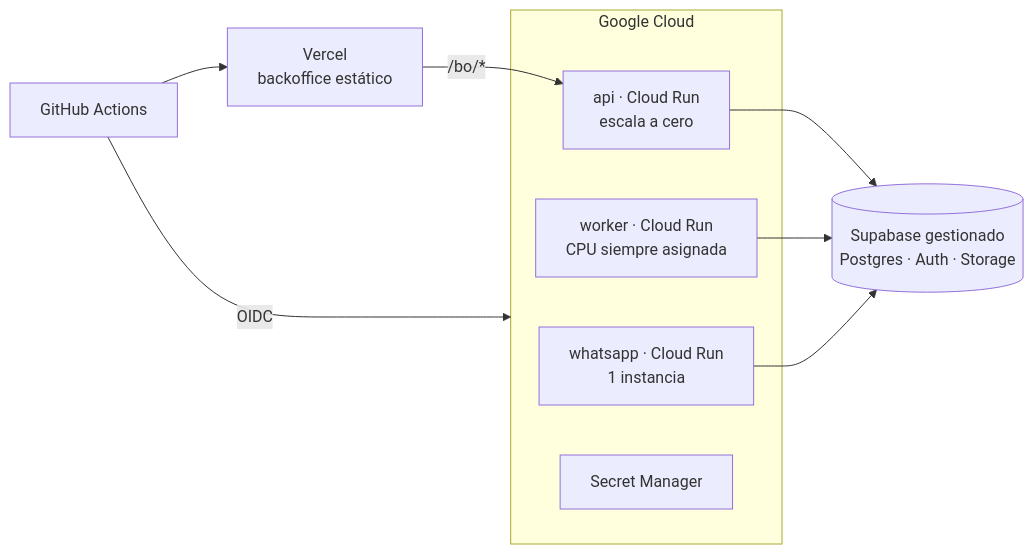
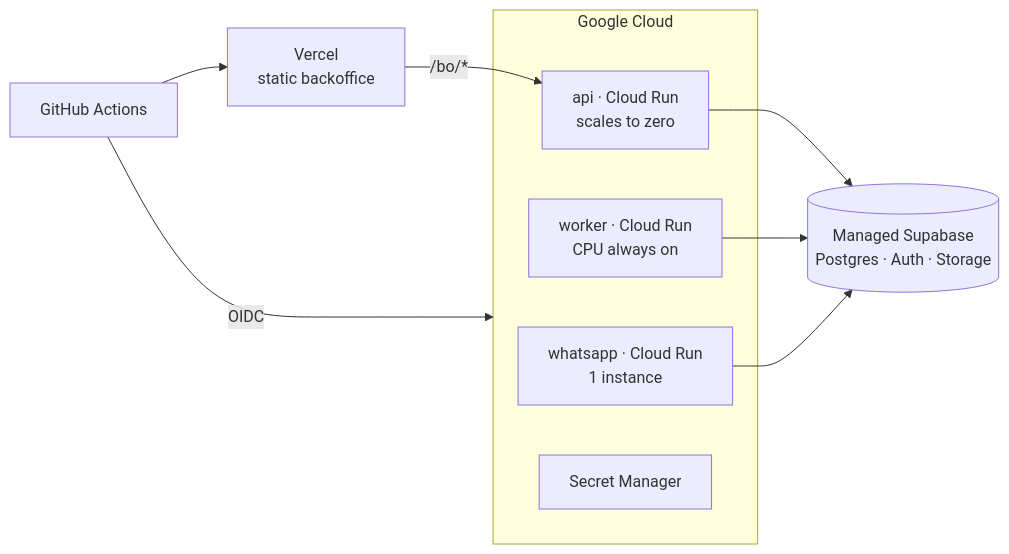
Before and after one commit to moydany/gow-credit: the fifth of 5 diagrams in README.md, drawn with Mermaid. The commit also changed other lines of this file and 2 other files, not shown here.

````diff
--- a/README.md
+++ b/README.md
@@ -436,13 +471,13 @@
 ```mermaid
 flowchart LR
     gh["GitHub Actions"] -->|OIDC| gcp
     subgraph gcp["Google Cloud"]
-        api2["api · Cloud Run<br/>escala a cero"]
-        worker2["worker · Cloud Run<br/>CPU siempre asignada"]
-        wa2["whatsapp · Cloud Run<br/>1 instancia"]
+        api2["api · Cloud Run<br/>scales to zero"]
+        worker2["worker · Cloud Run<br/>CPU always on"]
+        wa2["whatsapp · Cloud Run<br/>1 instance"]
         sm["Secret Manager"]
     end
-    gh --> vercel["Vercel<br/>backoffice estático"]
+    gh --> vercel["Vercel<br/>static backoffice"]
     vercel -->|/bo/*| api2
-    api2 & worker2 & wa2 --> supa2[("Supabase gestionado<br/>Postgres · Auth · Storage")]
+    api2 & worker2 & wa2 --> supa2[("Managed Supabase<br/>Postgres · Auth · Storage")]
 ```
````
